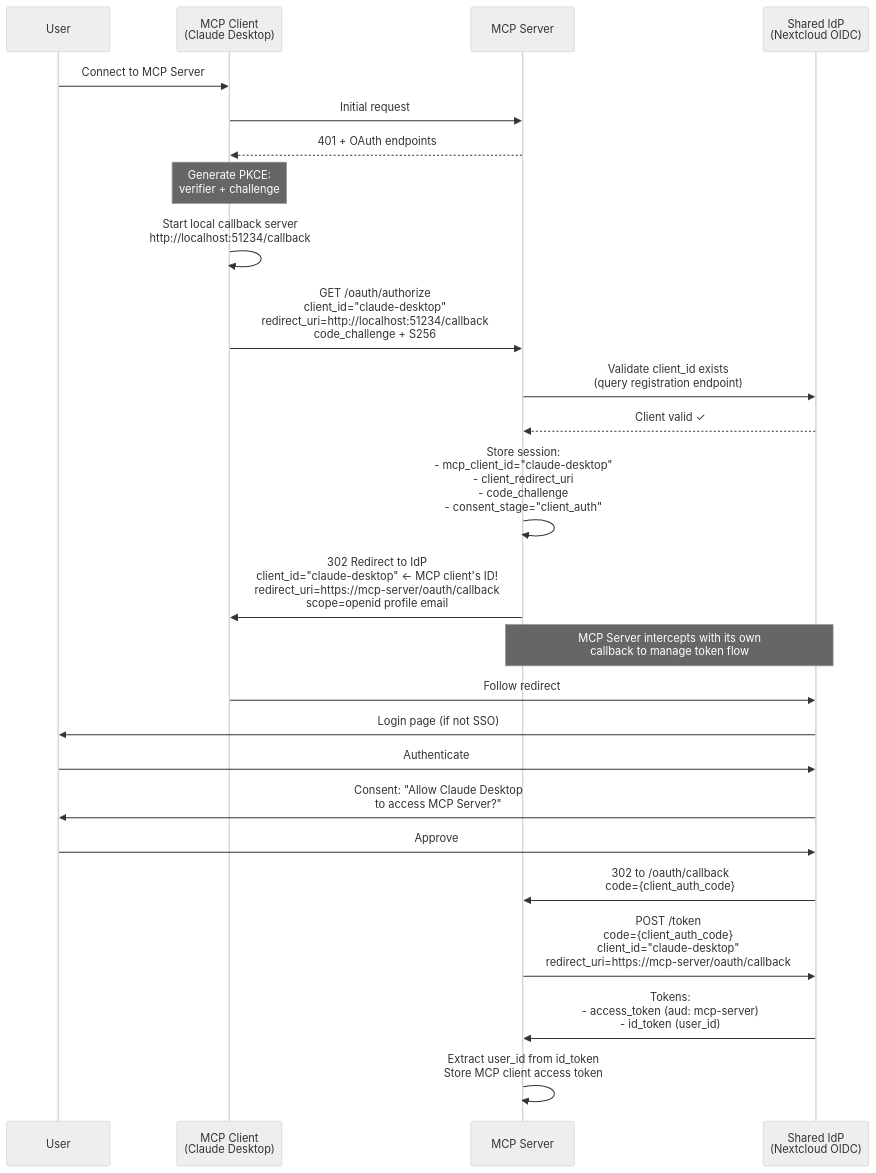
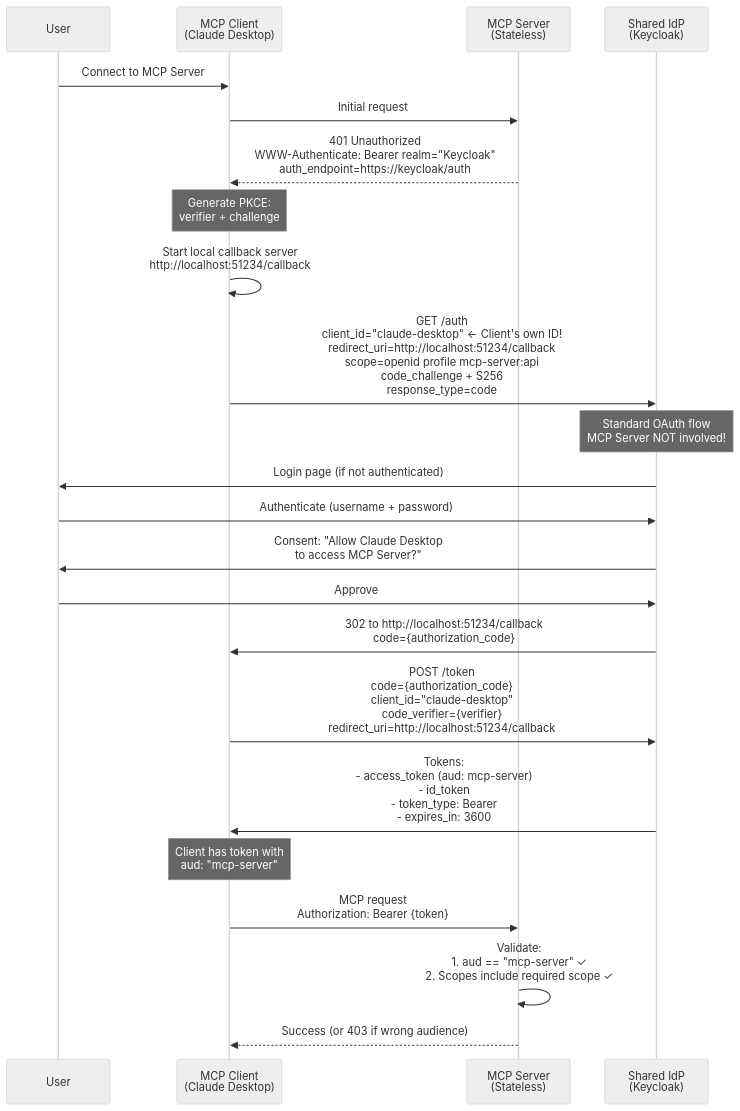
The first of 4 diagrams in docs/ADR-004-mcp-application-oauth.md (cbcoutinho/nextcloud-mcp-server), drawn with Mermaid (neutral theme) before and after one commit. The commit also changed other lines of this file, not shown here.

First line of the commit message:
docs: Refactor ADR-004 to Progressive Consent architecture with dual OAuth flows

````diff
--- a/docs/ADR-004-mcp-application-oauth.md
+++ b/docs/ADR-004-mcp-application-oauth.md
@@ -158,41 +207,39 @@
 ```mermaid
 sequenceDiagram
     participant User
     participant MCPClient as MCP Client<br/>(Claude Desktop)
-    participant MCPServer as MCP Server
-    participant IdP as Shared IdP<br/>(Nextcloud OIDC)
+    participant MCPServer as MCP Server<br/>(Stateless)
+    participant IdP as Shared IdP<br/>(Keycloak)
 
     User->>MCPClient: Connect to MCP Server
     MCPClient->>MCPServer: Initial request
-    MCPServer-->>MCPClient: 401 + OAuth endpoints
+    MCPServer-->>MCPClient: 401 Unauthorized<br/>WWW-Authenticate: Bearer realm="Keycloak"<br/>auth_endpoint=https://keycloak/auth
 
     Note over MCPClient: Generate PKCE:<br/>verifier + challenge
 
     MCPClient->>MCPClient: Start local callback server<br/>http://localhost:51234/callback
 
-    MCPClient->>MCPServer: GET /oauth/authorize<br/>client_id="claude-desktop"<br/>redirect_uri=http://localhost:51234/callback<br/>code_challenge + S256
+    MCPClient->>IdP: GET /auth<br/>client_id="claude-desktop" ← Client's own ID!<br/>redirect_uri=http://localhost:51234/callback<br/>scope=openid profile mcp-server:api<br/>code_challenge + S256<br/>response_type=code
 
-    MCPServer->>IdP: Validate client_id exists<br/>(query registration endpoint)
-    IdP-->>MCPServer: Client valid ✓
+    Note over IdP: Standard OAuth flow<br/>MCP Server NOT involved!
 
-    MCPServer->>MCPServer: Store session:<br/>- mcp_client_id="claude-desktop"<br/>- client_redirect_uri<br/>- code_challenge<br/>- consent_stage="client_auth"
-
-    MCPServer->>MCPClient: 302 Redirect to IdP<br/>client_id="claude-desktop" ← MCP client's ID!<br/>redirect_uri=https://mcp-server/oauth/callback<br/>scope=openid profile email
-
-    Note over MCPServer,IdP: MCP Server intercepts with its own<br/>callback to manage token flow
-
-    MCPClient->>IdP: Follow redirect
-    IdP->>User: Login page (if not SSO)
-    User->>IdP: Authenticate
+    IdP->>User: Login page (if not authenticated)
+    User->>IdP: Authenticate (username + password)
 
     IdP->>User: Consent: "Allow Claude Desktop<br/>to access MCP Server?"
     User->>IdP: Approve
 
-    IdP->>MCPServer: 302 to /oauth/callback<br/>code={client_auth_code}
+    IdP->>MCPClient: 302 to http://localhost:51234/callback<br/>code={authorization_code}
 
-    MCPServer->>IdP: POST /token<br/>code={client_auth_code}<br/>client_id="claude-desktop"<br/>redirect_uri=https://mcp-server/oauth/callback
+    MCPClient->>IdP: POST /token<br/>code={authorization_code}<br/>client_id="claude-desktop"<br/>code_verifier={verifier}<br/>redirect_uri=http://localhost:51234/callback
 
-    IdP->>MCPServer: Tokens:<br/>- access_token (aud: mcp-server)<br/>- id_token (user_id)
+    IdP->>MCPClient: Tokens:<br/>- access_token (aud: mcp-server)<br/>- id_token<br/>- token_type: Bearer<br/>- expires_in: 3600
 
-    MCPServer->>MCPServer: Extract user_id from id_token<br/>Store MCP client access token
+    Note over MCPClient: Client has token with<br/>aud: "mcp-server"
+
+    MCPClient->>MCPServer: MCP request<br/>Authorization: Bearer {token}
+
+    MCPServer->>MCPServer: Validate:<br/>1. aud == "mcp-server" ✓<br/>2. Scopes include required scope ✓
+
+    MCPServer-->>MCPClient: Success (or 403 if wrong audience)
 ```
````
